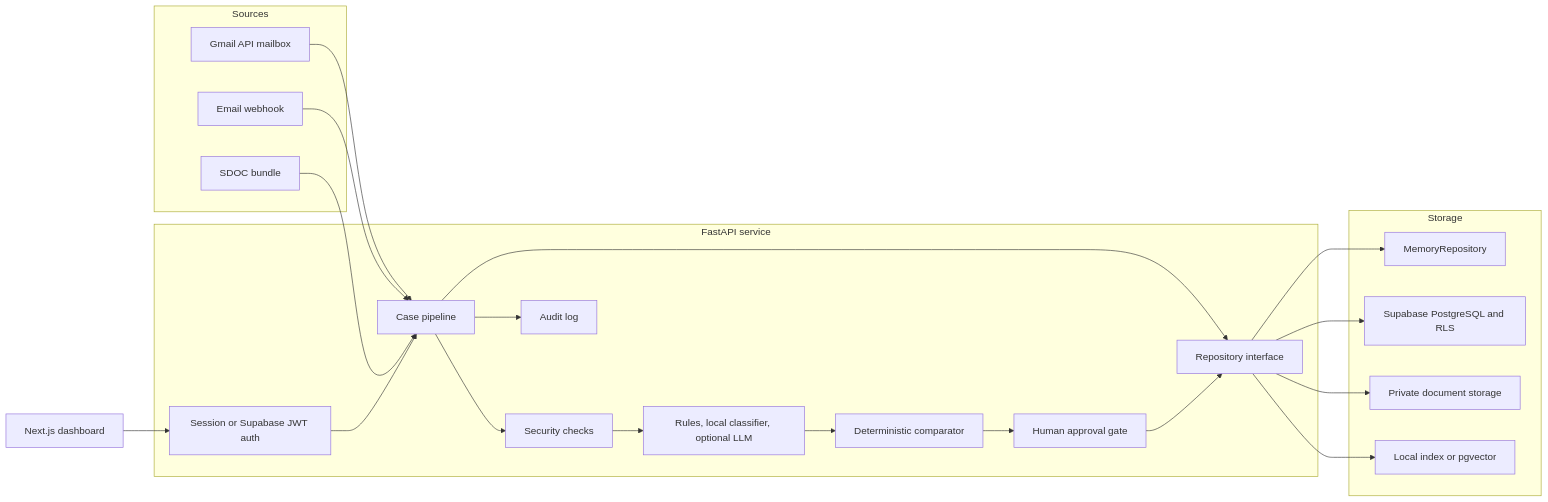
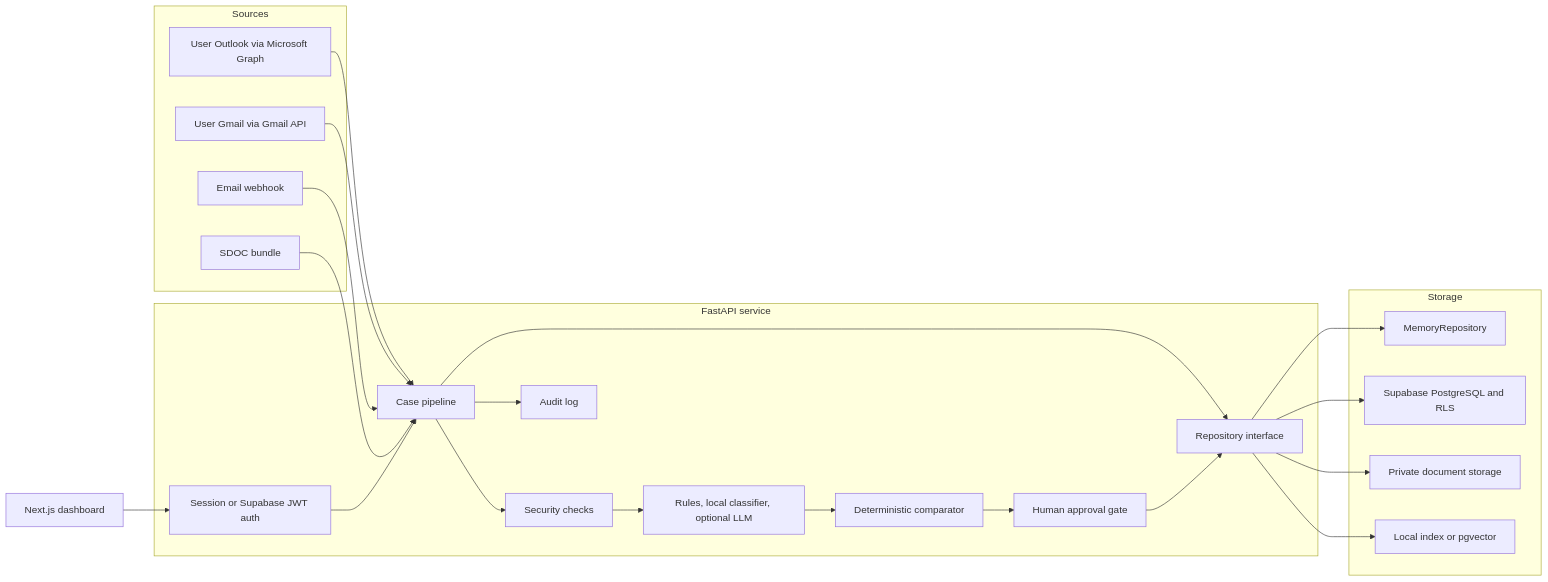
One commit to SuYeeMyatMoe/NovaShip_Averis changed the first of 2 diagrams in README.md. Above: the diagram before and after it, drawn with Mermaid. The commit also changed other lines of this file and 16 other files, not shown here.

````diff
--- a/README.md
+++ b/README.md
@@ -150,35 +150,36 @@
 ```mermaid
 flowchart LR
     subgraph Sources
-        Gmail[Gmail API mailbox]
+        Outlook[User Outlook via Microsoft Graph]
+        Gmail[User Gmail via Gmail API]
         Webhook[Email webhook]
         Bundle[SDOC bundle]
     end
 
     subgraph API[FastAPI service]
         Auth[Session or Supabase JWT auth]
         Pipeline[Case pipeline]
         Security[Security checks]
         AI[Rules, local classifier, optional LLM]
         Compare[Deterministic comparator]
         Human[Human approval gate]
         Repo[Repository interface]
         Audit[Audit log]
     end
 
     subgraph Storage
         Memory[MemoryRepository]
         Postgres[Supabase PostgreSQL and RLS]
         Objects[Private document storage]
         Vector[Local index or pgvector]
     end
 
     UI[Next.js dashboard] --> Auth
-    Gmail & Webhook & Bundle --> Pipeline
+    Outlook & Gmail & Webhook & Bundle --> Pipeline
     Auth --> Pipeline
     Pipeline --> Security --> AI --> Compare --> Human
     Pipeline --> Repo
     Human --> Repo
     Pipeline --> Audit
     Repo --> Memory & Postgres & Objects & Vector
 ```
````
